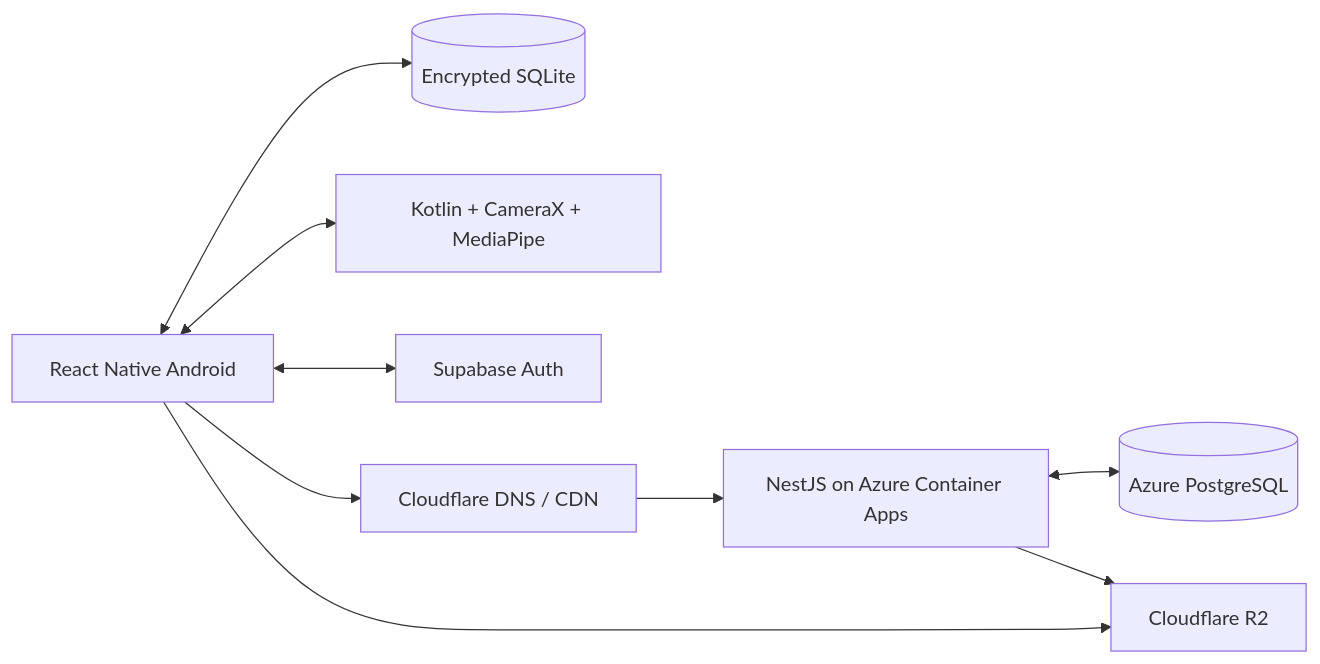
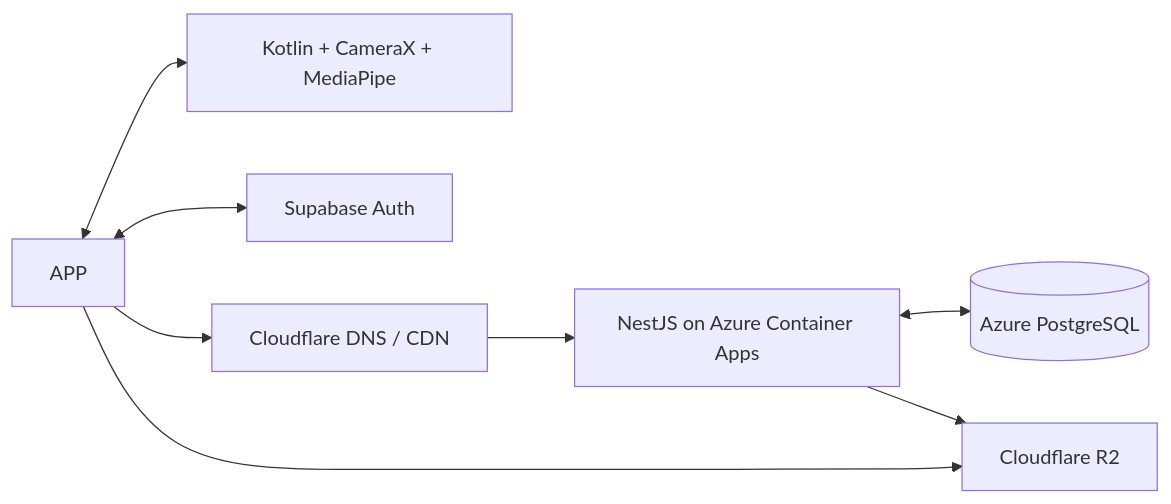
The diagram in README.md (Xavrir/PocketTrainer), drawn with Mermaid before and after one commit. The commit also changed other lines of this file and 245 other files, not shown here.

````diff
--- a/README.md
+++ b/README.md
@@ -34,11 +47,10 @@
 ```mermaid
 flowchart LR
-  APP[React Native Android] <--> LOCAL[(Encrypted SQLite)]
   APP <--> POSE[Kotlin + CameraX + MediaPipe]
   APP <--> AUTH[Supabase Auth]
   APP --> EDGE[Cloudflare DNS / CDN]
   EDGE --> API[NestJS on Azure Container Apps]
   API <--> DB[(Azure PostgreSQL)]
   API --> R2[Cloudflare R2]
   APP --> R2
 ```
````
